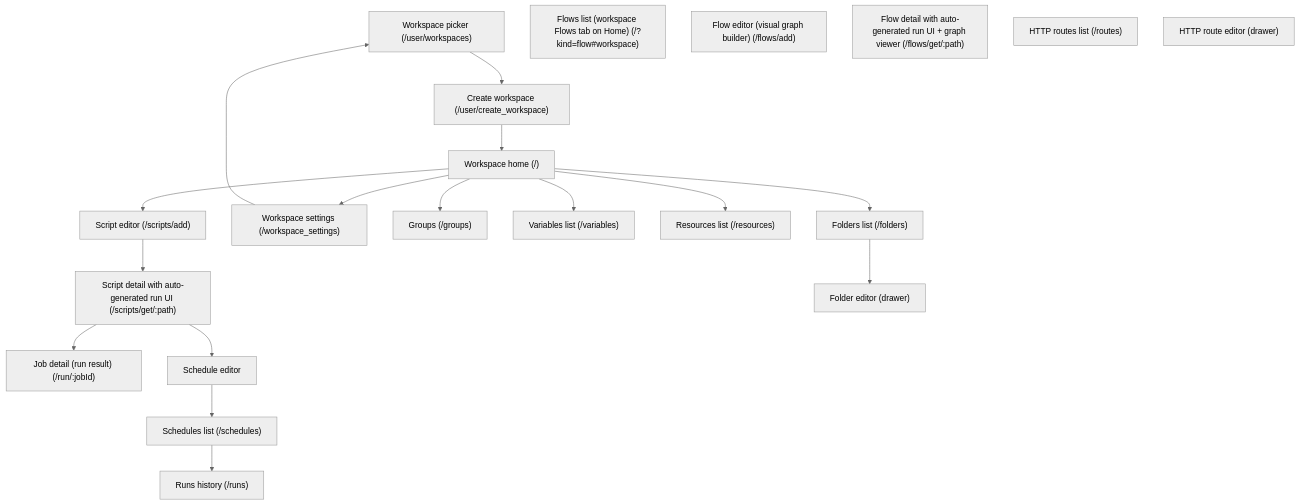
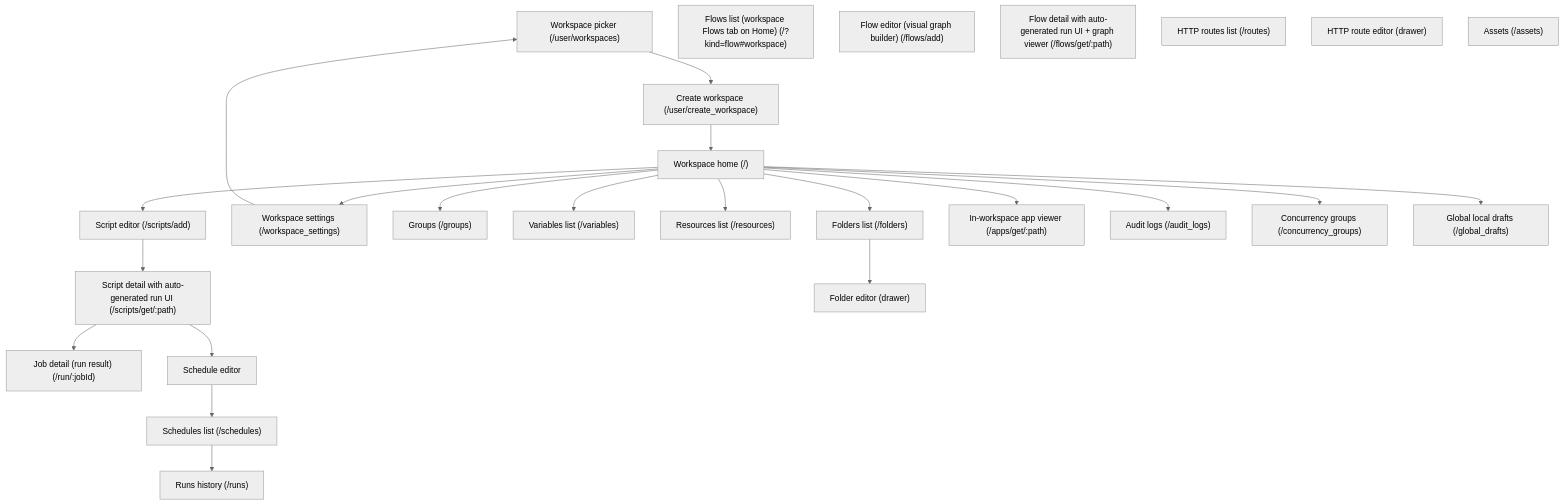
One commit to heal-dev/heal-sandbox-windmill changed the diagram in sandbox/heal/docs/spec.md. Above: the diagram before and after it, drawn with Mermaid (neutral theme). The commit also changed other lines of this file and 41 other files, not shown here.

````diff
--- a/sandbox/heal/docs/spec.md
+++ b/sandbox/heal/docs/spec.md
@@ -13,38 +13,47 @@
 ```mermaid
 flowchart TD
   workspace-picker["Workspace picker (/user/workspaces)"]
   workspace-create["Create workspace (/user/create_workspace)"]
   home["Workspace home (/)"]
   script-editor["Script editor (/scripts/add)"]
   run-page["Script detail with auto-generated run UI (/scripts/get/:path)"]
   job-detail["Job detail (run result) (/run/:jobId)"]
   schedule-editor["Schedule editor"]
   schedules-list["Schedules list (/schedules)"]
   runs-history["Runs history (/runs)"]
   workspace-settings["Workspace settings (/workspace_settings)"]
   groups["Groups (/groups)"]
   variables-list["Variables list (/variables)"]
   resources-list["Resources list (/resources)"]
   flows-list["Flows list (workspace Flows tab on Home) (/?kind=flow#workspace)"]
   flow-editor["Flow editor (visual graph builder) (/flows/add)"]
   flow-detail["Flow detail with auto-generated run UI + graph viewer (/flows/get/:path)"]
   routes-list["HTTP routes list (/routes)"]
   folders-list["Folders list (/folders)"]
   folder-editor["Folder editor (drawer)"]
   route-editor["HTTP route editor (drawer)"]
+  app-viewer["In-workspace app viewer (/apps/get/:path)"]
+  audit-logs["Audit logs (/audit_logs)"]
+  assets-list["Assets (/assets)"]
+  concurrency-groups-list["Concurrency groups (/concurrency_groups)"]
+  global-drafts-list["Global local drafts (/global_drafts)"]
   workspace-picker --> workspace-create
   workspace-create --> home
   home --> script-editor
   script-editor --> run-page
   run-page --> job-detail
   run-page --> schedule-editor
   schedule-editor --> schedules-list
   schedules-list --> runs-history
   home --> workspace-settings
   workspace-settings --> workspace-picker
   home --> groups
   home --> folders-list
   folders-list --> folder-editor
   home --> variables-list
   home --> resources-list
+  home --> audit-logs
+  home --> concurrency-groups-list
+  home --> global-drafts-list
+  home --> app-viewer
 ```
````
